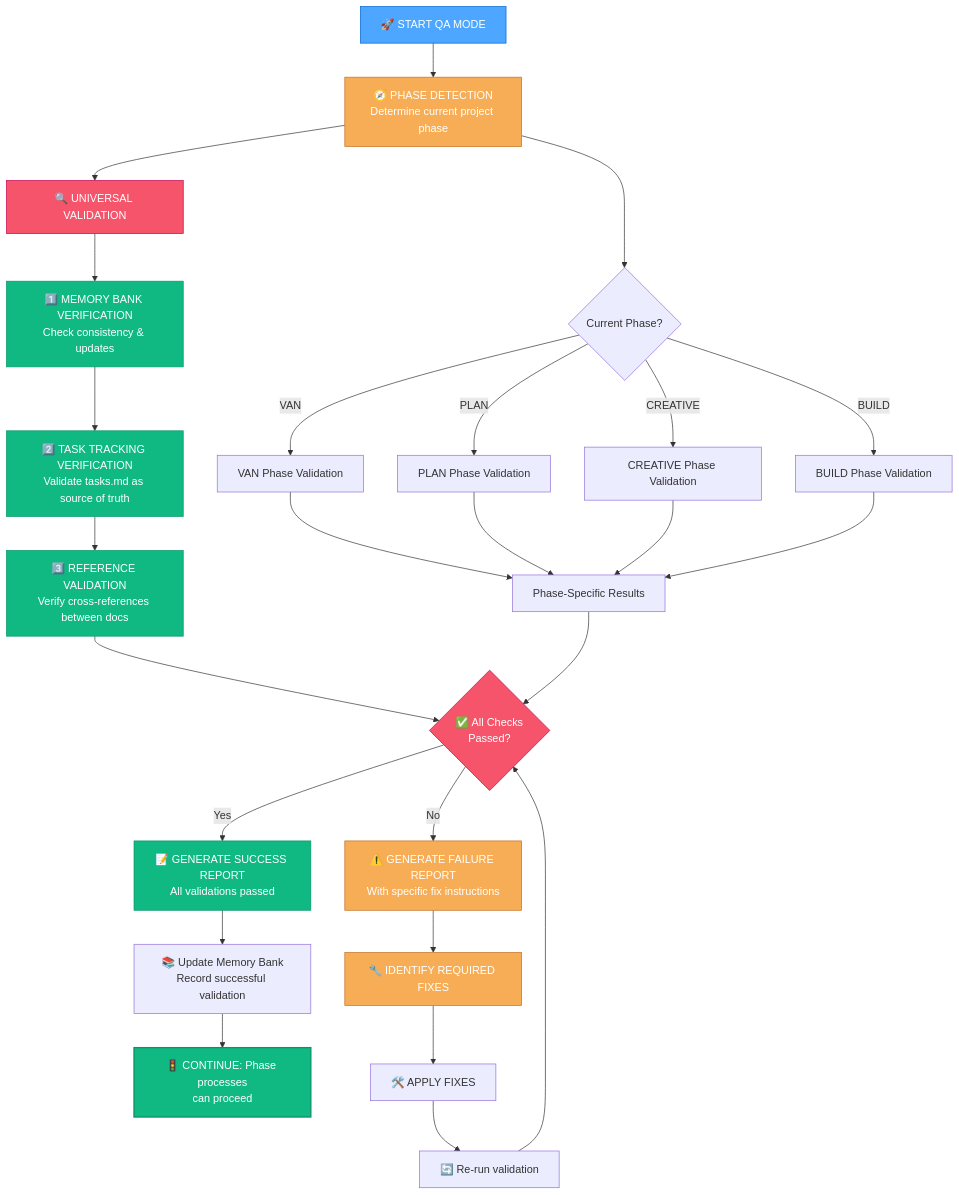
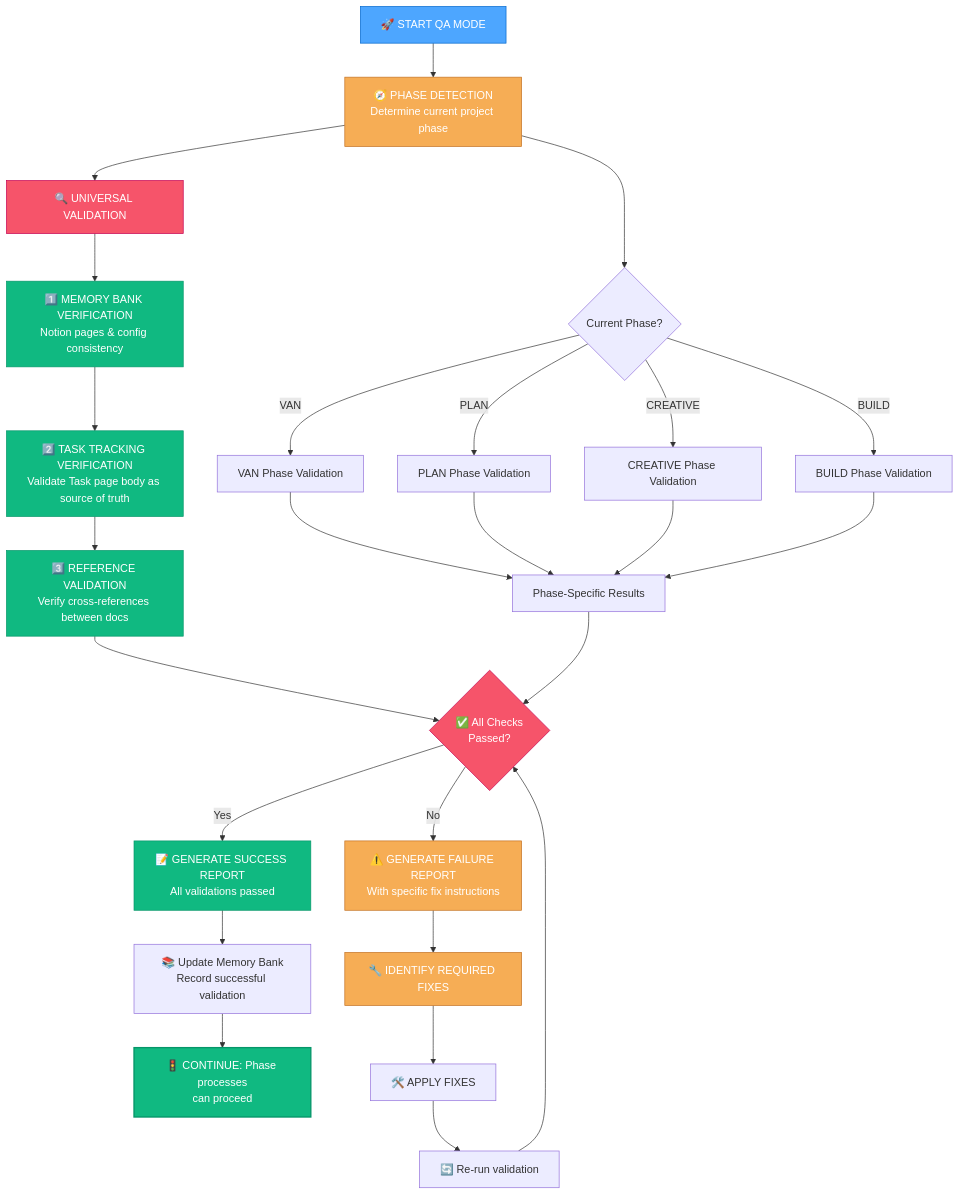
The first of 10 diagrams in .cursor/rules/isolation_rules/visual-maps/qa-mode-map.mdc (xianzhu21/cursor-memory-notion), drawn with Mermaid before and after one commit. The commit also changed other lines of this file and 37 other files, not shown here.

First line of the commit message:
feat: align Memory Bank rules with file-based terminology

````diff
--- a/.cursor/rules/isolation_rules/visual-maps/qa-mode-map.mdc
+++ b/.cursor/rules/isolation_rules/visual-maps/qa-mode-map.mdc
@@ -12,48 +13,48 @@
 ```mermaid
 graph TD
     Start["🚀 START QA MODE"] --> DetectPhase["🧭 PHASE DETECTION<br>Determine current project phase"]
     
     %% Phase detection decision path
     DetectPhase --> PhaseDetermination{"Current Phase?"}
     PhaseDetermination -->|"VAN"| VANChecks["VAN Phase Validation"]
     PhaseDetermination -->|"PLAN"| PLANChecks["PLAN Phase Validation"]
     PhaseDetermination -->|"CREATIVE"| CREATIVEChecks["CREATIVE Phase Validation"] 
     PhaseDetermination -->|"BUILD"| BUILDChecks["BUILD Phase Validation"]
     
     %% Universal checks that apply to all phases
     DetectPhase --> UniversalChecks["🔍 UNIVERSAL VALIDATION"]
-    UniversalChecks --> MemoryBankCheck["1️⃣ MEMORY BANK VERIFICATION<br>Check consistency & updates"]
-    MemoryBankCheck --> TaskTrackingCheck["2️⃣ TASK TRACKING VERIFICATION<br>Validate tasks.md as source of truth"]
+    UniversalChecks --> MemoryBankCheck["1️⃣ MEMORY BANK VERIFICATION<br>Notion pages & config consistency"]
+    MemoryBankCheck --> TaskTrackingCheck["2️⃣ TASK TRACKING VERIFICATION<br>Validate Task page body as source of truth"]
     TaskTrackingCheck --> ReferenceCheck["3️⃣ REFERENCE VALIDATION<br>Verify cross-references between docs"]
     
     %% Phase-specific validations feed into comprehensive report
     VANChecks & PLANChecks & CREATIVEChecks & BUILDChecks --> PhaseSpecificResults["Phase-Specific Results"]
     ReferenceCheck & PhaseSpecificResults --> ValidationResults{"✅ All Checks<br>Passed?"}
     
     %% Results Processing
     ValidationResults -->|"Yes"| SuccessReport["📝 GENERATE SUCCESS REPORT<br>All validations passed"]
     ValidationResults -->|"No"| FailureReport["⚠️ GENERATE FAILURE REPORT<br>With specific fix instructions"]
     
     %% Success Path
     SuccessReport --> UpdateMB["📚 Update Memory Bank<br>Record successful validation"]
     UpdateMB --> ContinueProcess["🚦 CONTINUE: Phase processes<br>can proceed"]
     
     %% Failure Path
     FailureReport --> IdentifyFixes["🔧 IDENTIFY REQUIRED FIXES"]
     IdentifyFixes --> ApplyFixes["🛠️ APPLY FIXES"]
     ApplyFixes --> Revalidate["🔄 Re-run validation"]
     Revalidate --> ValidationResults
     
     %% Style nodes for clarity
     style Start fill:#4da6ff,stroke:#0066cc,color:white
     style DetectPhase fill:#f6ad55,stroke:#c27022,color:white
     style UniversalChecks fill:#f6546a,stroke:#c30052,color:white
     style MemoryBankCheck fill:#10b981,stroke:#059669,color:white
     style TaskTrackingCheck fill:#10b981,stroke:#059669,color:white
     style ReferenceCheck fill:#10b981,stroke:#059669,color:white
     style ValidationResults fill:#f6546a,stroke:#c30052,color:white
     style SuccessReport fill:#10b981,stroke:#059669,color:white
     style FailureReport fill:#f6ad55,stroke:#c27022,color:white
     style ContinueProcess fill:#10b981,stroke:#059669,color:white,stroke-width:2px
     style IdentifyFixes fill:#f6ad55,stroke:#c27022,color:white
 ```
````
